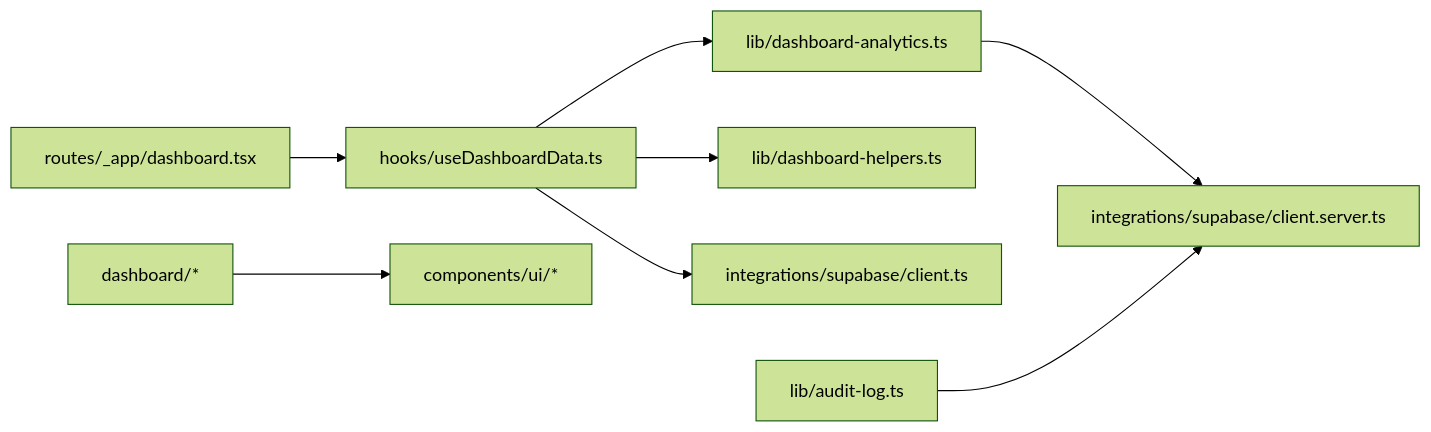
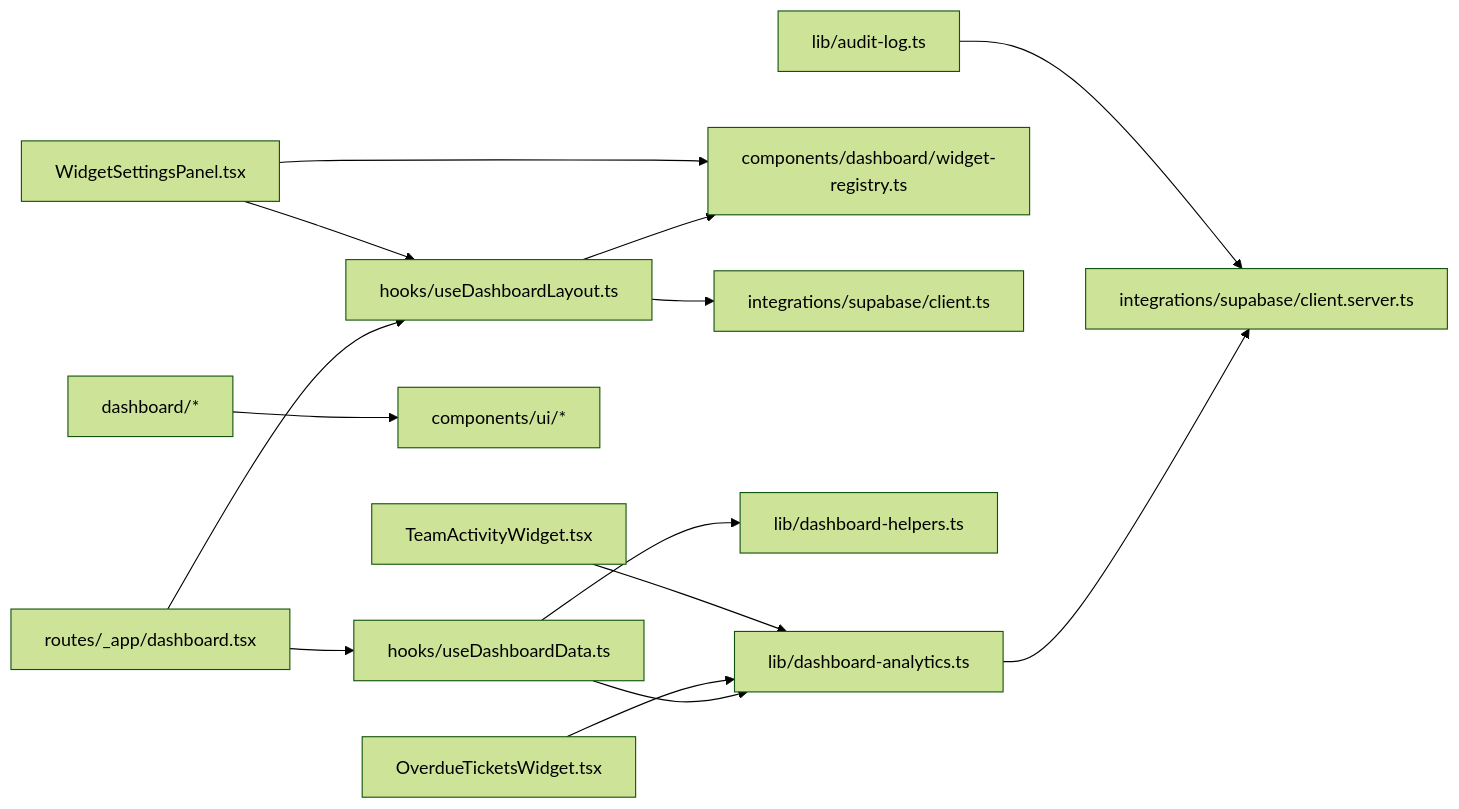
Diagram 12 of 12 in .qoder/repowiki/en/content/Analytics and Reporting/Dashboard Widgets and Analytics Cards.md (gastaldellomarco/pcReady), drawn with Mermaid (forest theme) before and after one commit. The commit also changed other lines of this file and 5 other files, not shown here.

First line of the commit message:
feat(dashboard): add new widgets and widget management system

````diff
--- a/.qoder/repowiki/en/content/Analytics and Reporting/Dashboard Widgets and Analytics Cards.md
+++ b/.qoder/repowiki/en/content/Analytics and Reporting/Dashboard Widgets and Analytics Cards.md
@@ -445,10 +604,16 @@
 ```mermaid
 graph LR
 Route["routes/_app/dashboard.tsx"] --> Hook["hooks/useDashboardData.ts"]
+Route --> LayoutHook["hooks/useDashboardLayout.ts"]
 Hook --> LibDA["lib/dashboard-analytics.ts"]
+LayoutHook --> Registry["components/dashboard/widget-registry.ts"]
+LayoutHook --> Supabase["integrations/supabase/client.ts"]
 Hook --> Helpers["lib/dashboard-helpers.ts"]
-Hook --> Supabase["integrations/supabase/client.ts"]
 LibDA --> SupabaseServer["integrations/supabase/client.server.ts"]
 Widgets["dashboard/*"] --> UI["components/ui/*"]
 AuditLog["lib/audit-log.ts"] --> SupabaseServer
+OverdueWidget["OverdueTicketsWidget.tsx"] --> LibDA
+TeamWidget["TeamActivityWidget.tsx"] --> LibDA
+SettingsPanel["WidgetSettingsPanel.tsx"] --> Registry
+SettingsPanel --> LayoutHook
 ```
````
